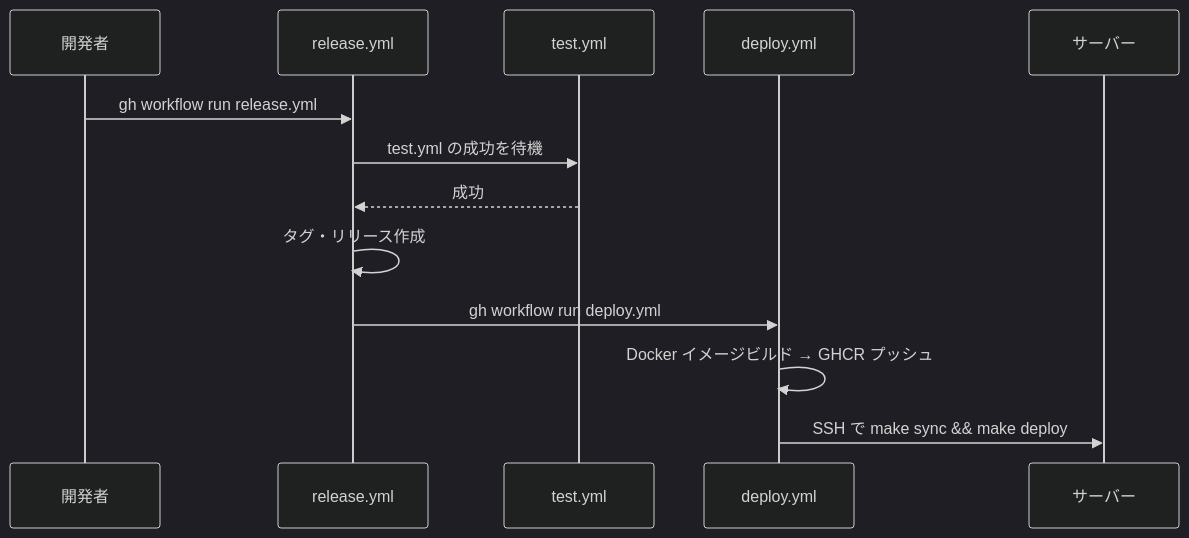
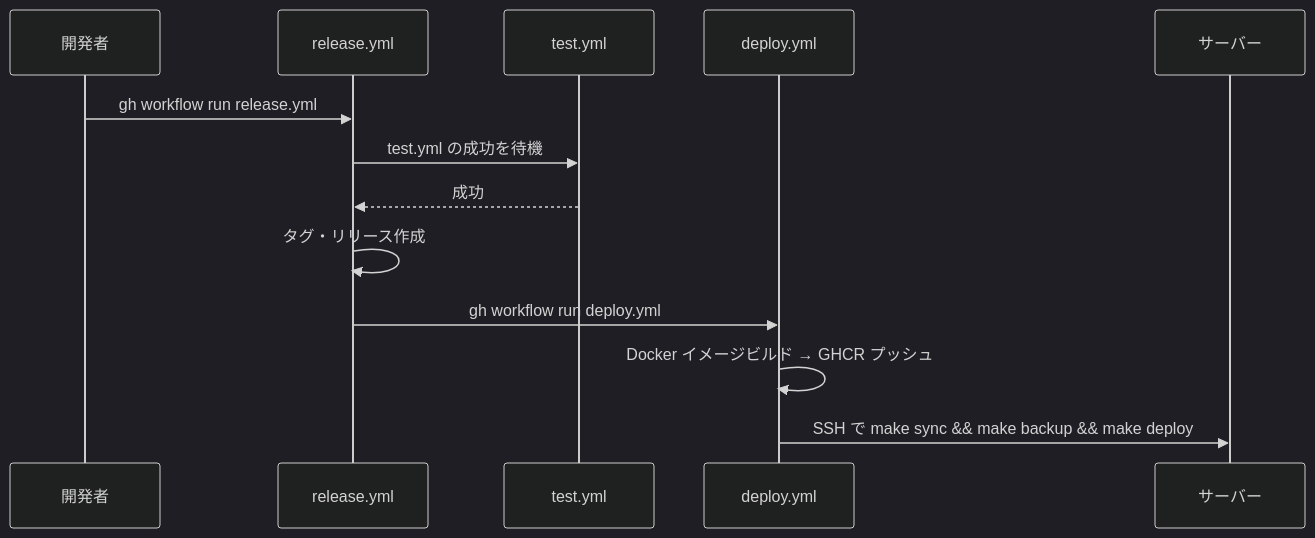
Before and after one commit to ak110/GLATasks2: the diagram in docs/development.md, drawn with Mermaid (dark theme). The commit also changed other lines of this file and 2 other files, not shown here.

````diff
--- a/docs/development.md
+++ b/docs/development.md
@@ -149,16 +151,16 @@
 ```mermaid
 sequenceDiagram
     participant Dev as 開発者
     participant R as release.yml
     participant T as test.yml
     participant D as deploy.yml
     participant S as サーバー
 
     Dev->>R: gh workflow run release.yml
     R->>T: test.yml の成功を待機
     T-->>R: 成功
     R->>R: タグ・リリース作成
     R->>D: gh workflow run deploy.yml
     D->>D: Docker イメージビルド → GHCR プッシュ
-    D->>S: SSH で make sync && make deploy
+    D->>S: SSH で make sync && make backup && make deploy
 ```
````
